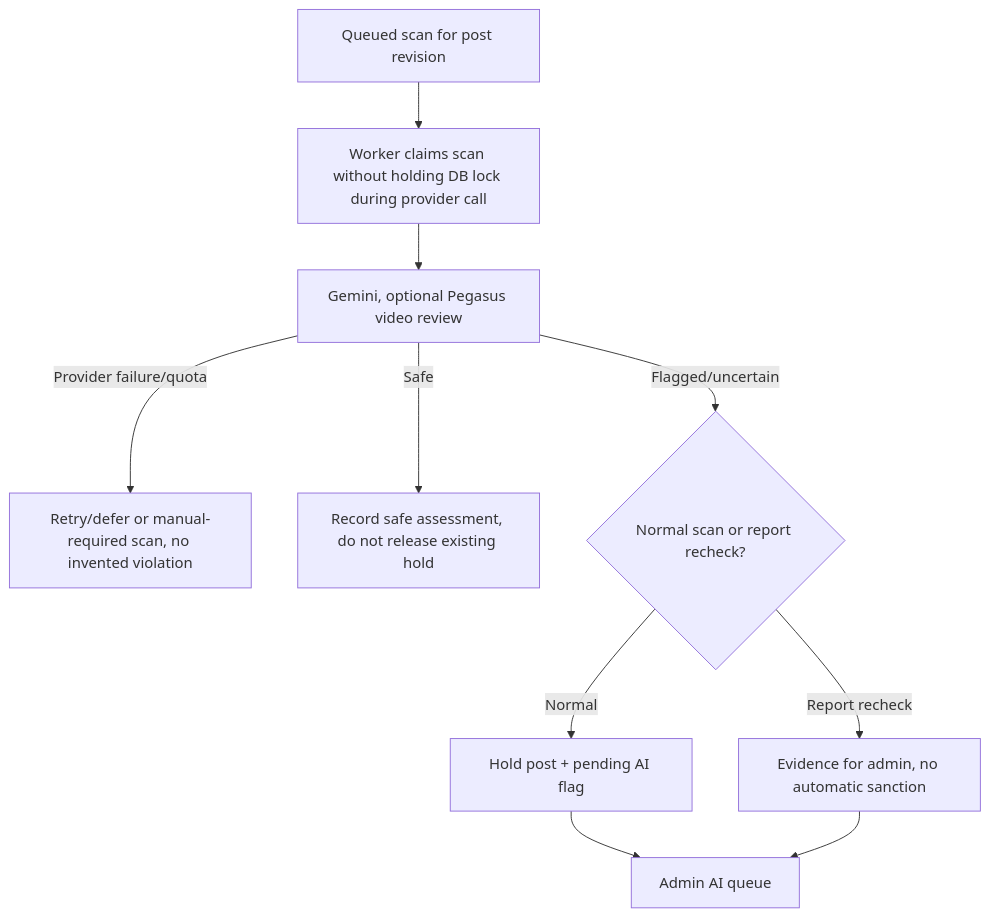
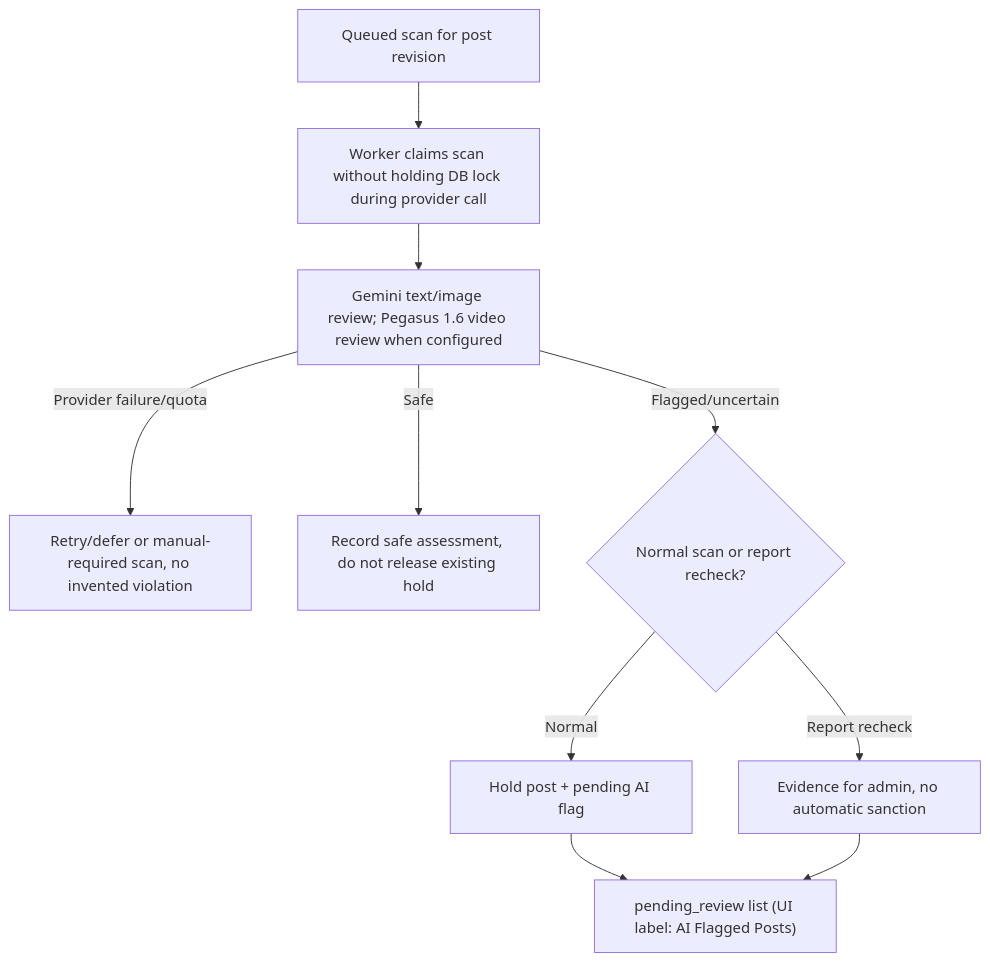
Before and after one commit to NguyenQuocTrong-bonmat/frontend-VeganHelperSystem: diagram 40 of 53 in Design.MD, drawn with Mermaid. The commit also changed other lines of this file, not shown here.

````diff
--- a/Design.MD
+++ b/Design.MD
@@ -1668,12 +1574,12 @@
 ```mermaid
 flowchart TD
     A["Queued scan for post revision"] --> B["Worker claims scan without holding DB lock during provider call"]
-    B --> C["Gemini, optional Pegasus video review"]
+    B --> C["Gemini text/image review; Pegasus 1.6 video review when configured"]
     C -->|Provider failure/quota| D["Retry/defer or manual-required scan, no invented violation"]
     C -->|Safe| E["Record safe assessment, do not release existing hold"]
     C -->|Flagged/uncertain| F{"Normal scan or report recheck?"}
     F -->|Normal| G["Hold post + pending AI flag"]
     F -->|Report recheck| H["Evidence for admin, no automatic sanction"]
-    G --> I["Admin AI queue"]
+    G --> I["pending_review list (UI label: AI Flagged Posts)"]
     H --> I
 ```
````
